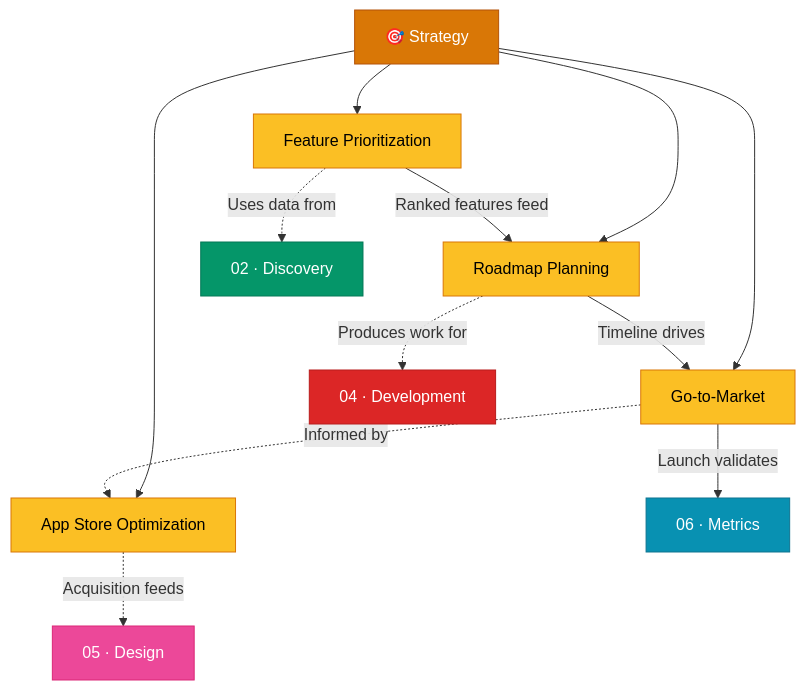
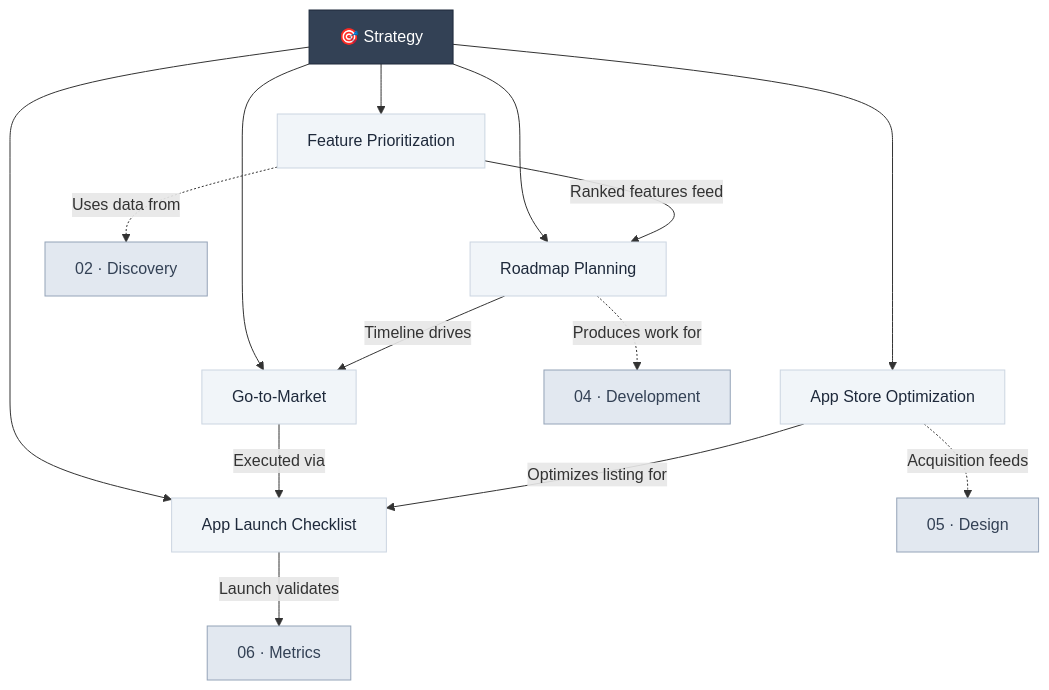
The diagram in wiki/03-strategy/index.md (DimKouts84/product_management_development_wiki), drawn with Mermaid before and after one commit. The commit also changed other lines of this file and 11 other files, not shown here.

Commit message:
feat: add strategy and design modules including ASO, launch checklists, and UI foundations to wiki

````diff
--- a/wiki/03-strategy/index.md
+++ b/wiki/03-strategy/index.md
@@ -11,26 +11,29 @@
 ```mermaid
 graph TD
     S["🎯 Strategy"] --> FP["Feature Prioritization"]
     S --> GTM["Go-to-Market"]
     S --> RP["Roadmap Planning"]
     S --> ASO["App Store Optimization"]
+    S --> ALC["App Launch Checklist"]
 
     FP -->|"Ranked features feed"| RP
     RP -->|"Timeline drives"| GTM
-    GTM -.->|"Informed by"| ASO
-    GTM -->|"Launch validates"| MET["06 · Metrics"]
+    GTM -->|"Executed via"| ALC
+    ASO -->|"Optimizes listing for"| ALC
+    ALC -->|"Launch validates"| MET["06 · Metrics"]
 
     FP -.->|"Uses data from"| DISC["02 · Discovery"]
     RP -.->|"Produces work for"| DEV["04 · Development"]
     ASO -.->|"Acquisition feeds"| ONB["05 · Design"]
 
-    style S fill:#d97706,stroke:#b45309,color:#fff
-    style FP fill:#fbbf24,stroke:#d97706,color:#000
-    style GTM fill:#fbbf24,stroke:#d97706,color:#000
-    style RP fill:#fbbf24,stroke:#d97706,color:#000
-    style ASO fill:#fbbf24,stroke:#d97706,color:#000
-    style MET fill:#0891b2,stroke:#0e7490,color:#fff
-    style DISC fill:#059669,stroke:#047857,color:#fff
-    style DEV fill:#dc2626,stroke:#b91c1c,color:#fff
-    style ONB fill:#ec4899,stroke:#db2777,color:#fff
+    style S fill:#334155,stroke:#1e293b,color:#fff
+    style FP fill:#f1f5f9,stroke:#cbd5e1,color:#1e293b
+    style GTM fill:#f1f5f9,stroke:#cbd5e1,color:#1e293b
+    style RP fill:#f1f5f9,stroke:#cbd5e1,color:#1e293b
+    style ASO fill:#f1f5f9,stroke:#cbd5e1,color:#1e293b
+    style ALC fill:#f1f5f9,stroke:#cbd5e1,color:#1e293b
+    style MET fill:#e2e8f0,stroke:#94a3b8,color:#334155
+    style DISC fill:#e2e8f0,stroke:#94a3b8,color:#334155
+    style DEV fill:#e2e8f0,stroke:#94a3b8,color:#334155
+    style ONB fill:#e2e8f0,stroke:#94a3b8,color:#334155
 ```
````
